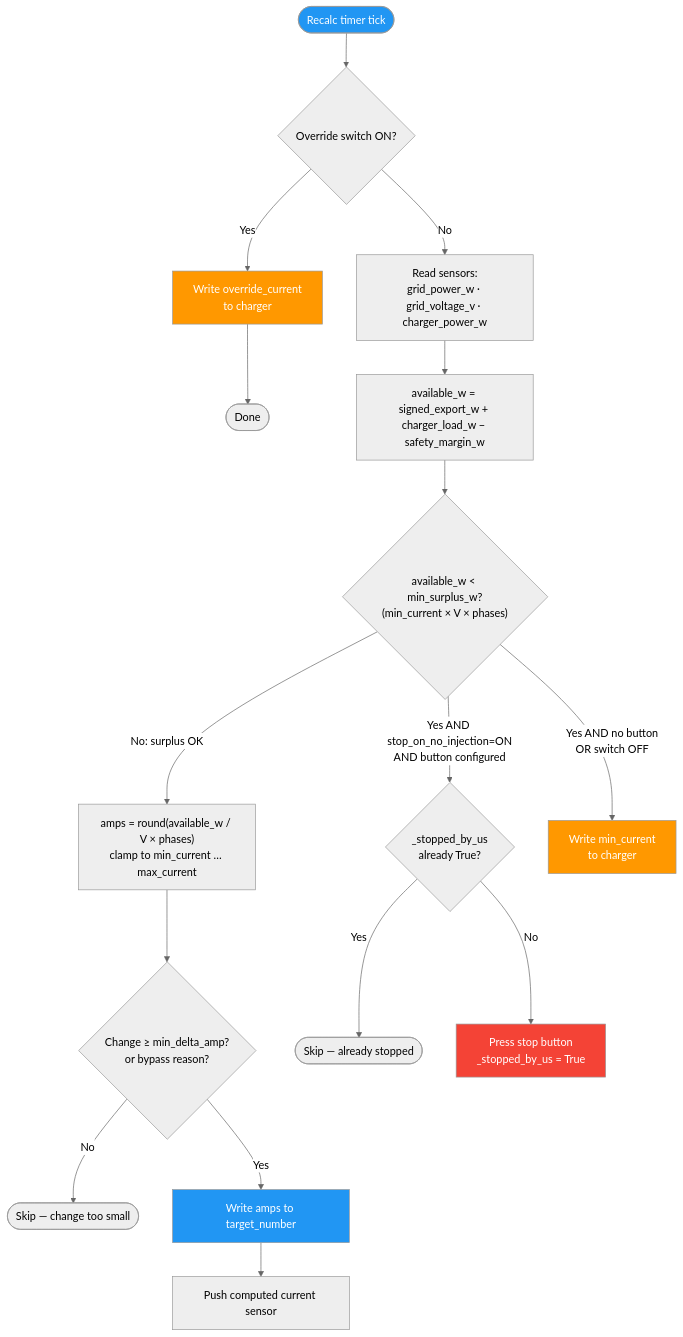
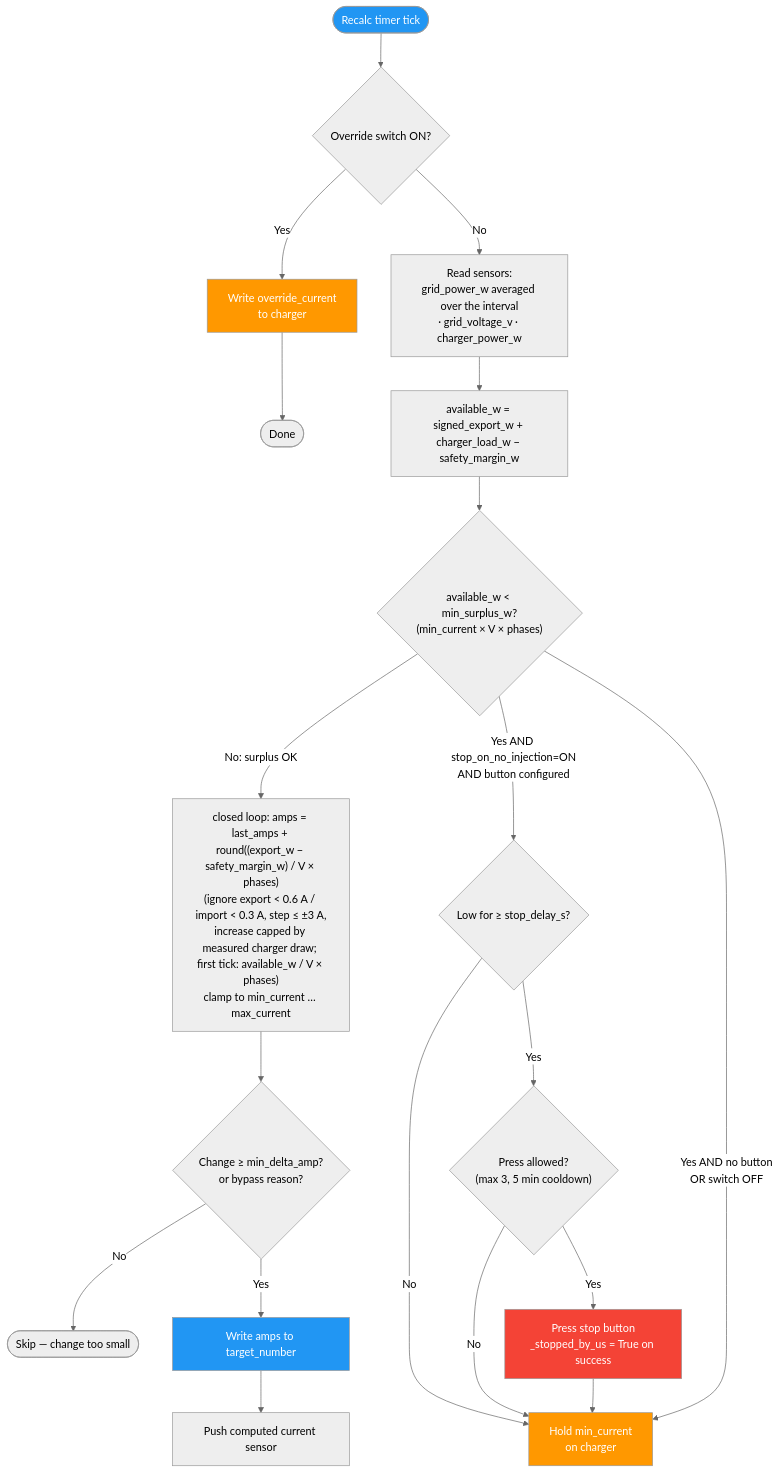
One commit to ZaBug/ev-solar-manager changed the second of 3 diagrams in README.md. Above: the diagram before and after it, drawn with Mermaid (neutral theme). The commit also changed other lines of this file and 17 other files, not shown here.

First line of the commit message:
feat: closed-loop solar regulation + charger state machine hardening (v1.4.0)

````diff
--- a/README.md
+++ b/README.md
@@ -63,29 +64,32 @@
 ```mermaid
 flowchart TD
     TICK([Recalc timer tick]) --> OVERRIDE{Override switch ON?}
 
     OVERRIDE -- Yes --> SET_OVERRIDE[Write override_current\nto charger] --> END([Done])
 
-    OVERRIDE -- No --> READ[Read sensors:\ngrid_power_w · grid_voltage_v · charger_power_w]
+    OVERRIDE -- No --> READ[Read sensors:\ngrid_power_w averaged over the interval\n· grid_voltage_v · charger_power_w]
     READ --> CALC["available_w = signed_export_w + charger_load_w − safety_margin_w"]
 
     CALC --> THRESH{"available_w < min_surplus_w?\n(min_current × V × phases)"}
 
-    THRESH -- No: surplus OK --> CALC_A["amps = round(available_w / V × phases)\nclamp to min_current … max_current"]
+    THRESH -- No: surplus OK --> CALC_A["closed loop: amps = last_amps + round((export_w − safety_margin_w) / V × phases)\n(ignore export < 0.6 A / import < 0.3 A, step ≤ ±3 A,\nincrease capped by measured charger draw; first tick: available_w / V × phases)\nclamp to min_current … max_current"]
     CALC_A --> DELTA{"Change ≥ min_delta_amp?\nor bypass reason?"}
     DELTA -- No --> SKIP([Skip — change too small])
     DELTA -- Yes --> WRITE[Write amps to target_number]
     WRITE --> SENSOR[Push computed current sensor]
 
-    THRESH -- Yes AND stop_on_no_injection=ON\nAND button configured --> ALREADY{_stopped_by_us\nalready True?}
-    ALREADY -- Yes --> SKIP2([Skip — already stopped])
-    ALREADY -- No --> PRESS_STOP[Press stop button\n_stopped_by_us = True]
+    THRESH -- Yes AND stop_on_no_injection=ON\nAND button configured --> LOW_FOR{"Low for ≥ stop_delay_s?"}
+    LOW_FOR -- No --> SET_MIN
+    LOW_FOR -- Yes --> CAN_PRESS{"Press allowed?\n(max 3, 5 min cooldown)"}
+    CAN_PRESS -- No --> SET_MIN
+    CAN_PRESS -- Yes --> PRESS_STOP[Press stop button\n_stopped_by_us = True on success]
+    PRESS_STOP --> SET_MIN
 
-    THRESH -- Yes AND no button\nOR switch OFF --> SET_MIN[Write min_current\nto charger]
+    THRESH -- Yes AND no button\nOR switch OFF --> SET_MIN[Hold min_current\non charger]
 
     style TICK fill:#2196F3,color:#fff
     style PRESS_STOP fill:#F44336,color:#fff
     style SET_OVERRIDE fill:#FF9800,color:#fff
     style SET_MIN fill:#FF9800,color:#fff
     style WRITE fill:#2196F3,color:#fff
 ```
````
